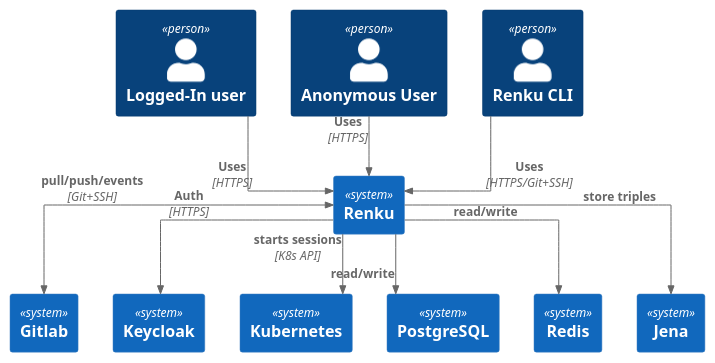
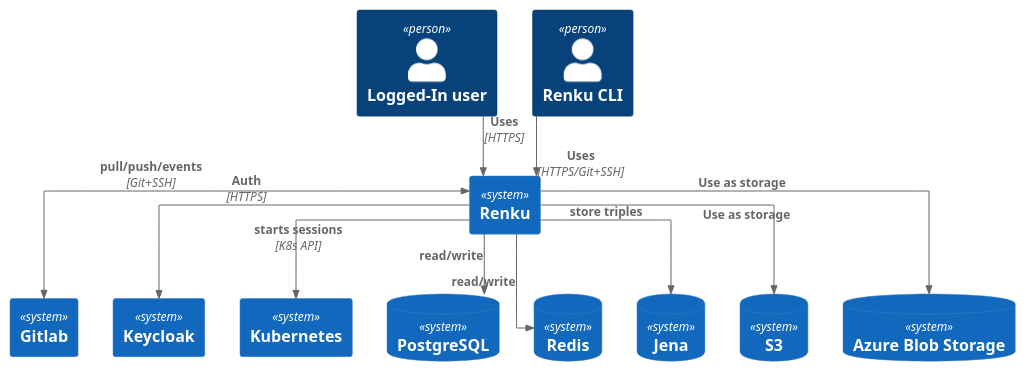
The first of 3 diagrams in docs/reference/services/services-architecture.rst (SwissDataScienceCenter/renku), drawn with PlantUML before and after one commit. The commit also changed other lines of this file, not shown here.

```diff
--- a/docs/reference/services/services-architecture.rst
+++ b/docs/reference/services/services-architecture.rst
@@ -49,28 +49,30 @@
 .. uml::
 
     @startuml
     !include <C4/C4_Context>
 
     skinparam linetype ortho
 
     Person(logged_in, "Logged-In user")
-    Person(anonymous, "Anonymous User")
     Person(cli, "Renku CLI")
     System(renku, "Renku", $link="../reference/services/services-architecture.html#container-diagram")
     System(gitlab, "Gitlab")
     System(keycloak, "Keycloak")
     System(k8s, "Kubernetes")
-    System(postgres, "PostgreSQL")
-    System(redis, "Redis")
-    System(jena, "Jena")
+    SystemDb(postgres, "PostgreSQL")
+    SystemDb(redis, "Redis")
+    SystemDb(jena, "Jena")
+    SystemDb(s3, "S3")
+    SystemDb(azure_blob, "Azure Blob Storage")
 
     Rel(logged_in, renku, "Uses", "HTTPS")
-    Rel(anonymous, renku, "Uses", "HTTPS")
     Rel(cli, renku, "Uses", "HTTPS/Git+SSH")
     Rel(renku, keycloak, "Auth", "HTTPS")
     BiRel(renku, gitlab, "pull/push/events", "Git+SSH")
     Rel(renku, k8s, "starts sessions", "K8s API")
     Rel(renku, postgres, "read/write")
     Rel(renku, redis, "read/write")
     Rel(renku, jena, "store triples")
+    Rel(renku, s3, "Use as storage")
+    Rel(renku, azure_blob, "Use as storage")
     @enduml
```
